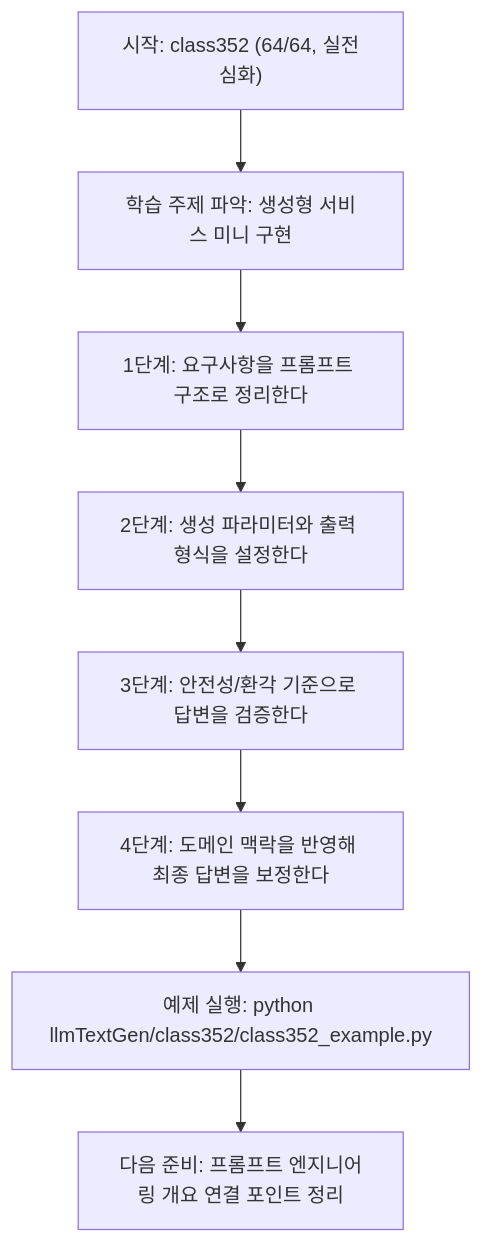
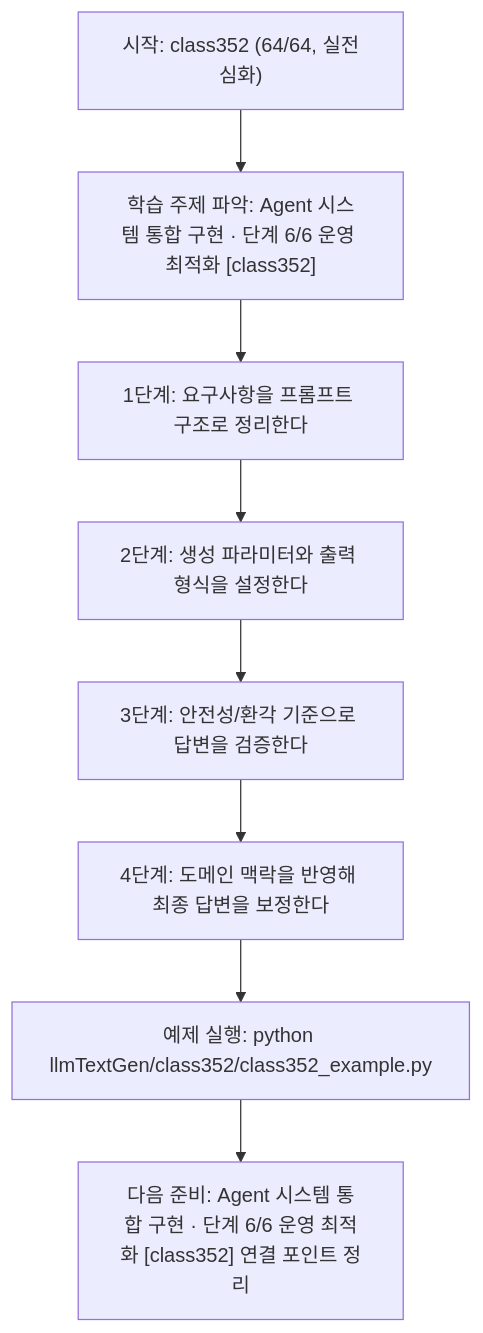
The diagram in llmTextGen/class352/class352.md (edumgt/Python-AI_Agent-Class), drawn with Mermaid before and after one commit. The commit also changed other lines of this file and 522 other files, not shown here.

````diff
--- a/llmTextGen/class352/class352.md
+++ b/llmTextGen/class352/class352.md
@@ -114,18 +115,18 @@
 ```mermaid
 flowchart TD
 N1["시작: class352 (64/64, 실전심화)"]
-N2["학습 주제 파악: 생성형 서비스 미니 구현"]
+N2["학습 주제 파악: Agent 시스템 통합 구현 · 단계 6/6 운영 최적화 [class352]"]
 N3["1단계: 요구사항을 프롬프트 구조로 정리한다"]
 N4["2단계: 생성 파라미터와 출력 형식을 설정한다"]
 N5["3단계: 안전성/환각 기준으로 답변을 검증한다"]
 N6["4단계: 도메인 맥락을 반영해 최종 답변을 보정한다"]
 N7["예제 실행: python llmTextGen/class352/class352_example.py"]
-N8["다음 준비: 프롬프트 엔지니어링 개요 연결 포인트 정리"]
+N8["다음 준비: Agent 시스템 통합 구현 · 단계 6/6 운영 최적화 [class352] 연결 포인트 정리"]
 N1 --> N2
 N2 --> N3
 N3 --> N4
 N4 --> N5
 N5 --> N6
 N6 --> N7
 N7 --> N8
 ```
````
